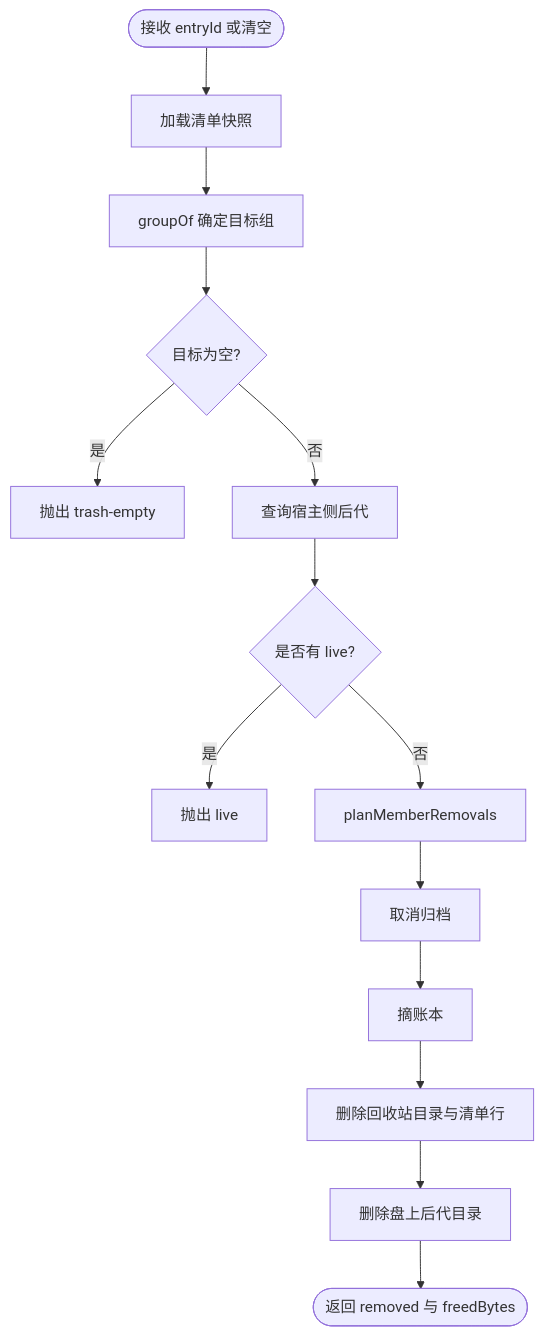
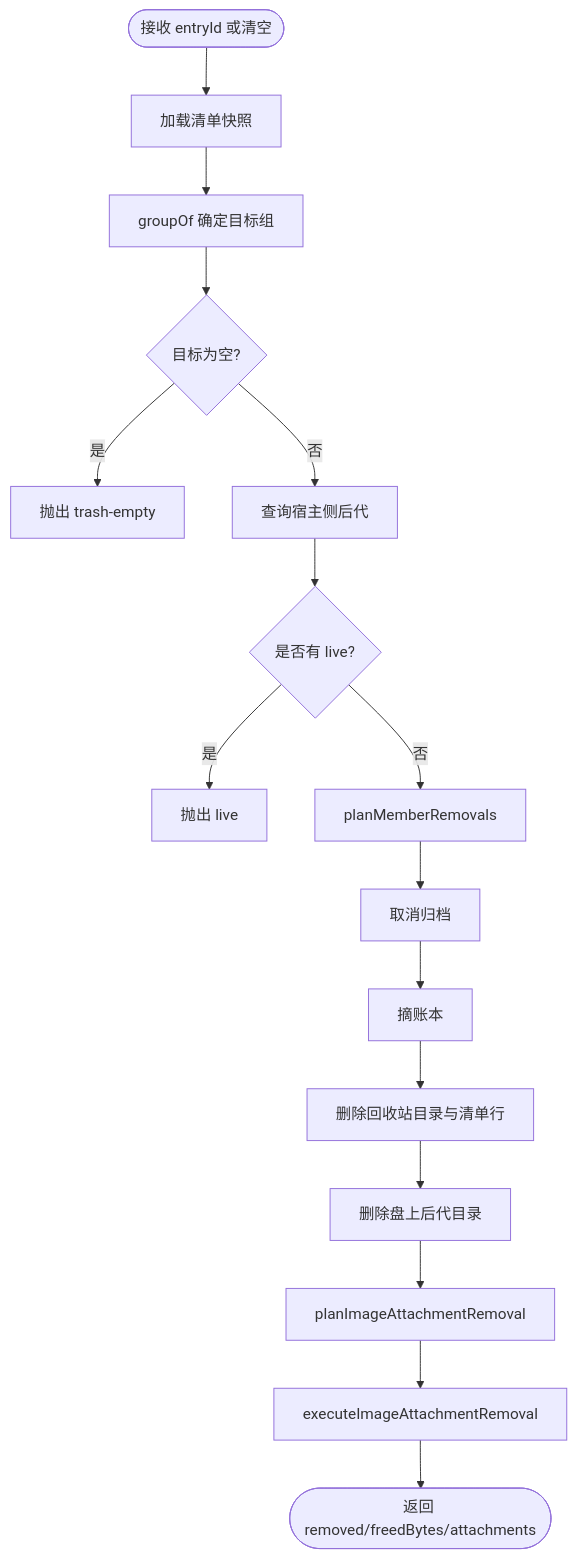
One commit to xrn1997/dsh-session-delete changed diagram 12 of 15 in .qoder/repowiki/zh/content/回收站领域/回收站领域.md. Above: the diagram before and after it, drawn with Mermaid. The commit also changed other lines of this file and 36 other files, not shown here.

````diff
--- a/.qoder/repowiki/zh/content/回收站领域/回收站领域.md
+++ b/.qoder/repowiki/zh/content/回收站领域/回收站领域.md
@@ -400,16 +516,18 @@
 ```mermaid
 flowchart TD
   Start(["接收 entryId 或清空"]) --> Load["加载清单快照"]
   Load --> Group["groupOf 确定目标组"]
   Group --> CheckEmpty{"目标为空?"}
   CheckEmpty -->|是| Err["抛出 trash-empty"]
   CheckEmpty -->|否| Members["查询宿主侧后代"]
   Members --> LiveCheck{"是否有 live?"}
   LiveCheck -->|是| ErrLive["抛出 live"]
   LiveCheck -->|否| Plan["planMemberRemovals"]
   Plan --> Unarchive["取消归档"]
   Unarchive --> Detach["摘账本"]
   Detach --> DeleteTrash["删除回收站目录与清单行"]
   DeleteTrash --> DeleteDisk["删除盘上后代目录"]
-  DeleteDisk --> Result(["返回 removed 与 freedBytes"])
+  DeleteDisk --> AttachPlan["planImageAttachmentRemoval"]
+  AttachPlan --> AttachExec["executeImageAttachmentRemoval"]
+  AttachExec --> Result(["返回 removed/freedBytes/attachments"])
 ```
````
